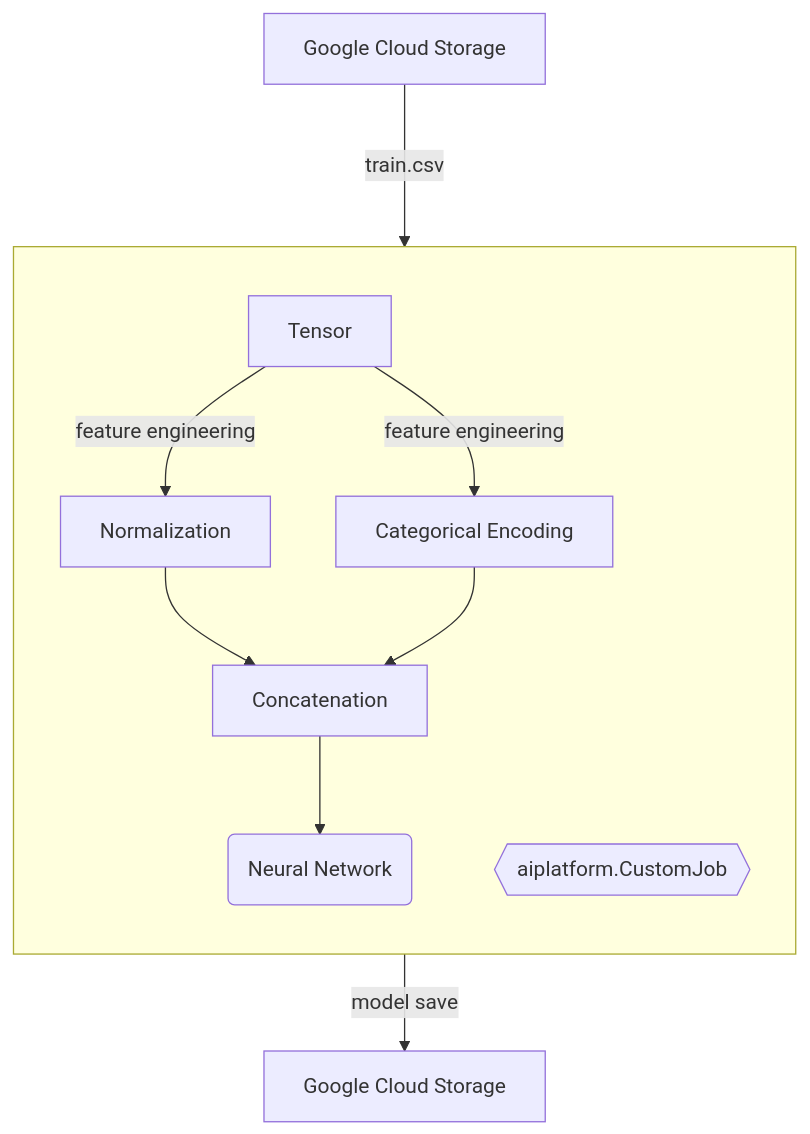
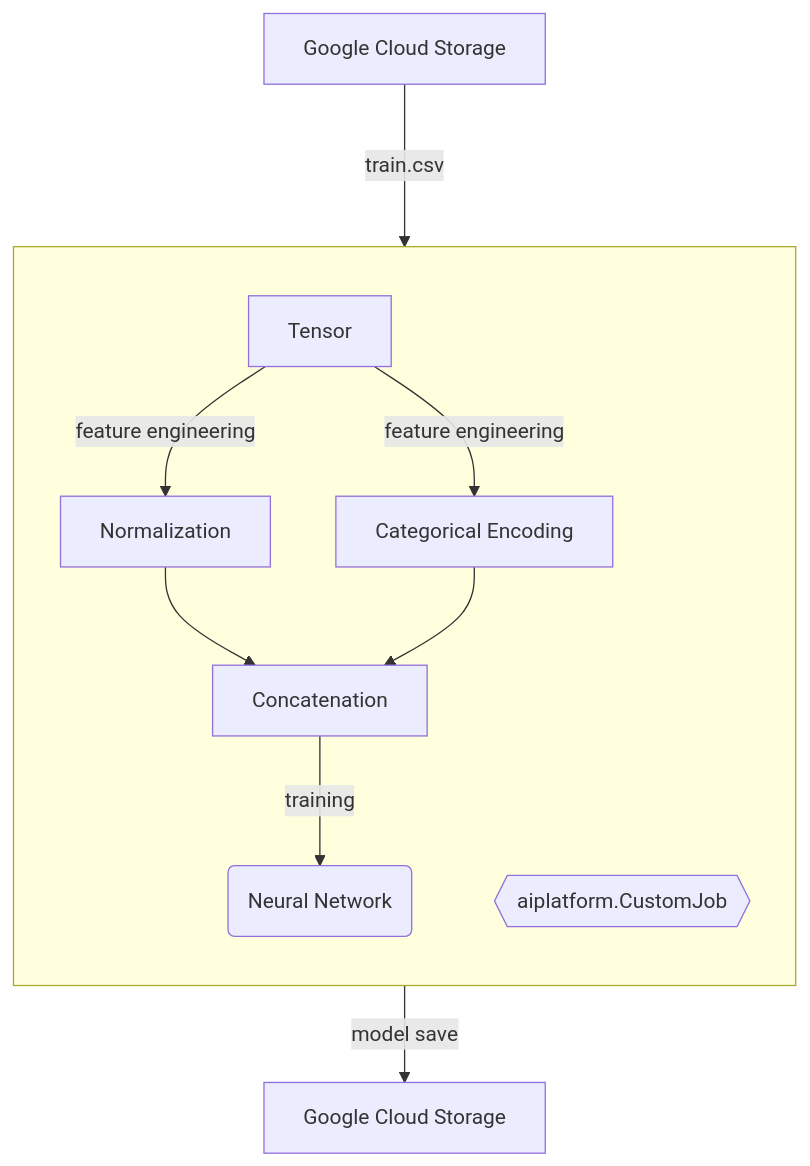
Before and after one commit to jchavezar/vertex-ai-samples: the diagram in ai-flex/tensorflow/tabular/README.md, drawn with Mermaid.

Commit message:
sep-9-23

````diff
--- a/ai-flex/tensorflow/tabular/README.md
+++ b/ai-flex/tensorflow/tabular/README.md
@@ -10,14 +10,14 @@
 ```mermaid
 graph TB
         A[Google Cloud Storage] ---> |train.csv| B[Tensor]
     subgraph  ""
         direction TB
         B -- "feature engineering" --> C[Normalization]
         B -- "feature engineering" --> D[Categorical Encoding]
         C --> E[Concatenation]
         D --> E
-        E --> F(Neural Network)
+        E --> |training| F(Neural Network)
         id1{{aiplatform.CustomJob}}
     end
         F --> |model save| G[Google Cloud Storage]
 ```
````
